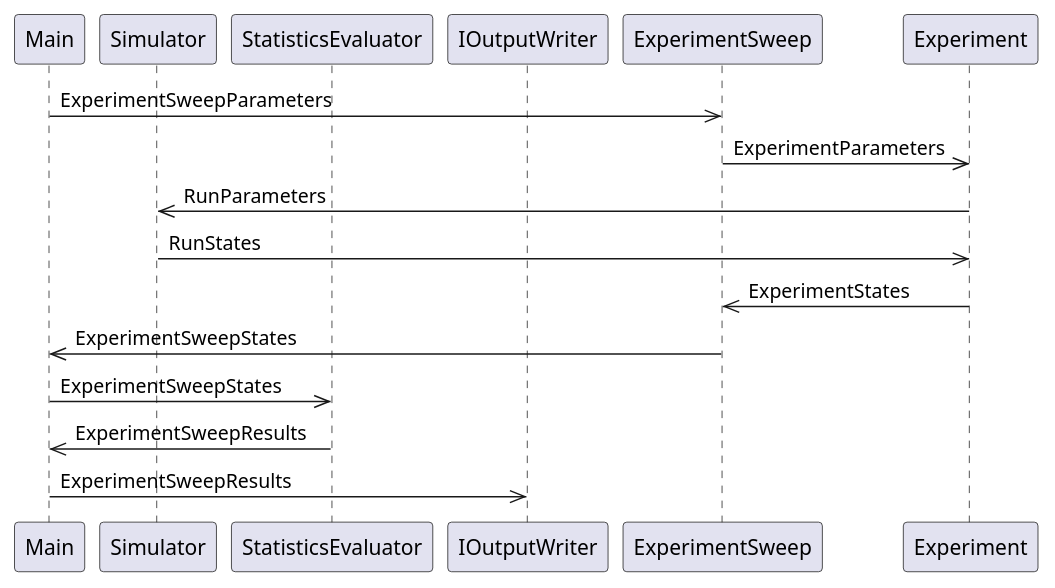
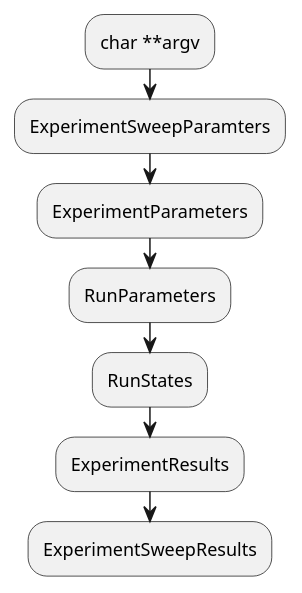
Before and after one commit to hamrik/fatint-thesis: the diagram in thesis/assets/diagrams/cpp_dataflow.puml, drawn with PlantUML. The commit also changed 19 other files, not shown here.

Commit message:
Update C++ class diagrams

```diff
--- a/thesis/assets/diagrams/cpp_dataflow.puml
+++ b/thesis/assets/diagrams/cpp_dataflow.puml
@@ -1,16 +1,9 @@
 @startuml
-participant Main
-participant Simulator
-participant StatisticsEvaluator
-participant IOutputWriter
-
-Main ->> ExperimentSweep : ExperimentSweepParameters
-ExperimentSweep ->> Experiment : ExperimentParameters
-Experiment ->> Simulator : RunParameters
-Simulator ->> Experiment : RunStates
-Experiment ->> ExperimentSweep : ExperimentStates
-ExperimentSweep ->> Main : ExperimentSweepStates
-Main ->> StatisticsEvaluator : ExperimentSweepStates
-StatisticsEvaluator ->> Main : ExperimentSweepResults
-Main ->> IOutputWriter : ExperimentSweepResults
+:char **argv;
+:ExperimentSweepParamters;
+:ExperimentParameters;
+:RunParameters;
+:RunStates;
+:ExperimentResults;
+:ExperimentSweepResults;
 @enduml
```
